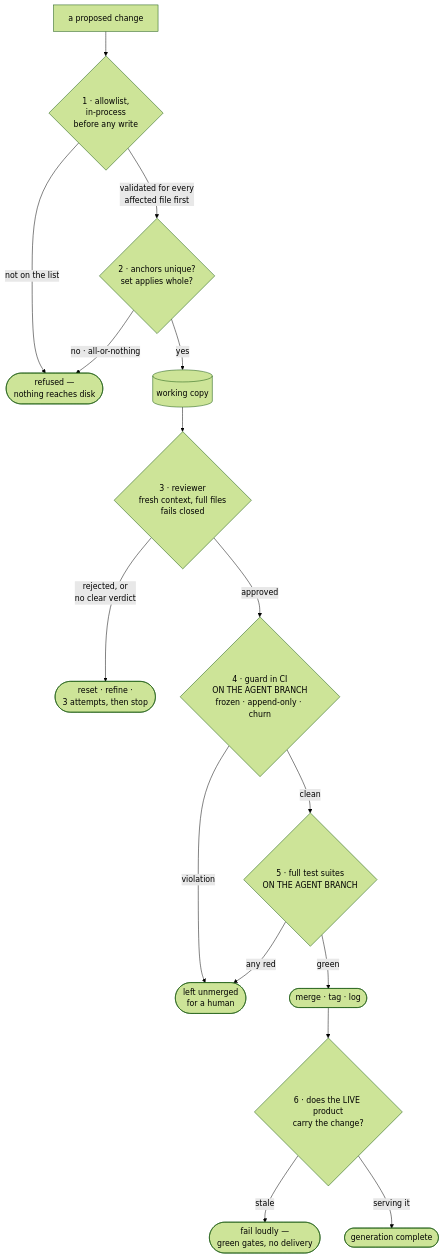
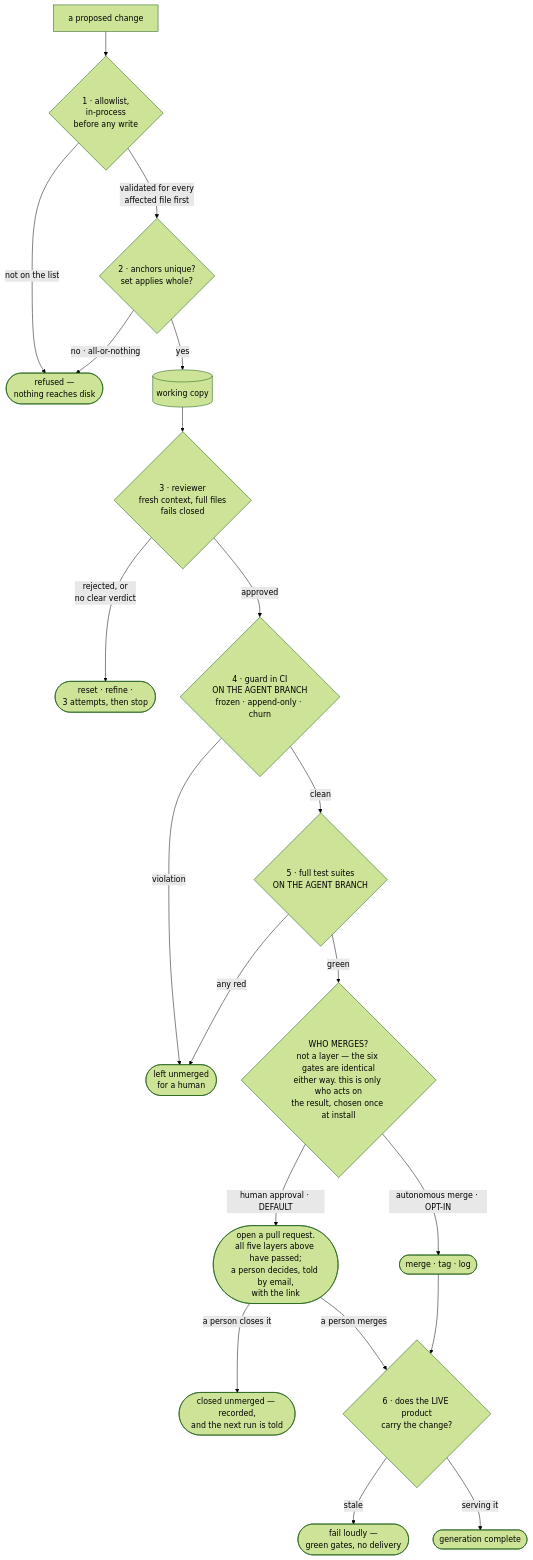
One commit to Chrisfoz/self-optimisation changed the diagram in learning/diagrams/generic-guardrails.mmd. Above: the diagram before and after it, drawn with Mermaid (forest theme). The commit also changed 12 other files, not shown here.

First line of the commit message:
Make "a person decides" real: in the diagrams, in the email, on the page

```diff
--- a/learning/diagrams/generic-guardrails.mmd
+++ b/learning/diagrams/generic-guardrails.mmd
@@ -1,22 +1,29 @@
 flowchart TB
   idea["a proposed change"] --> l1
 
   l1{"1 · allowlist,<br/>in-process<br/>before any write"} -->|"not on the list"| no(["refused —<br/>nothing reaches disk"])
   l1 -->|"validated for every<br/>affected file first"| l2
 
   l2{"2 · anchors unique?<br/>set applies whole?"} -->|"no · all-or-nothing"| no
   l2 -->|"yes"| tree[("working copy")]
 
   tree --> l3{"3 · reviewer<br/>fresh context, full files<br/>fails closed"}
   l3 -->|"rejected, or<br/>no clear verdict"| retry(["reset · refine ·<br/>3 attempts, then stop"])
   l3 -->|"approved"| l4
 
   l4{"4 · guard in CI<br/>ON THE AGENT BRANCH<br/>frozen · append-only · churn"} -->|"violation"| held(["left unmerged<br/>for a human"])
   l4 -->|"clean"| l5
 
   l5{"5 · full test suites<br/>ON THE AGENT BRANCH"} -->|"any red"| held
-  l5 -->|"green"| merge(["merge · tag · log"])
+  l5 -->|"green"| who
 
-  merge --> l6{"6 · does the LIVE product<br/>carry the change?"}
-  l6 -->|"stale"| loud(["fail loudly —<br/>green gates, no delivery"])
+  who{"WHO MERGES?<br/>not a layer — the six gates are identical<br/>either way. this is only who acts on<br/>the result, chosen once at install"}
+  who -->|"human approval · DEFAULT"| pr(["open a pull request.<br/>all five layers above have passed;<br/>a person decides, told by email,<br/>with the link"])
+  who -->|"autonomous merge · OPT-IN"| merge(["merge · tag · log"])
+
+  pr -->|"a person closes it"| shut(["closed unmerged — recorded,<br/>and the next run is told"])
+  pr -->|"a person merges"| l6
+  merge --> l6
+
+  l6{"6 · does the LIVE product<br/>carry the change?"} -->|"stale"| loud(["fail loudly —<br/>green gates, no delivery"])
   l6 -->|"serving it"| done(["generation complete"])
```
